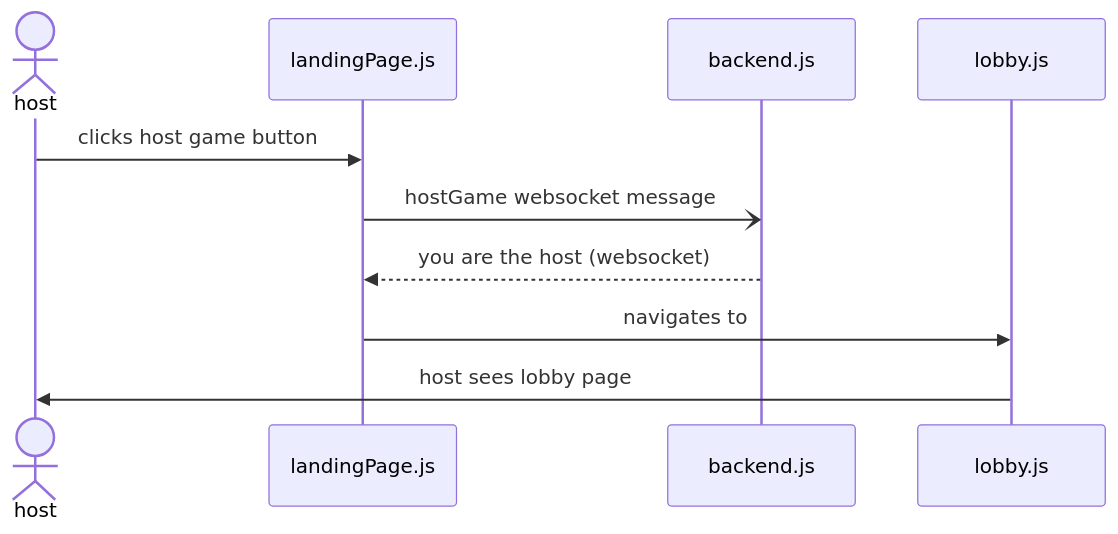
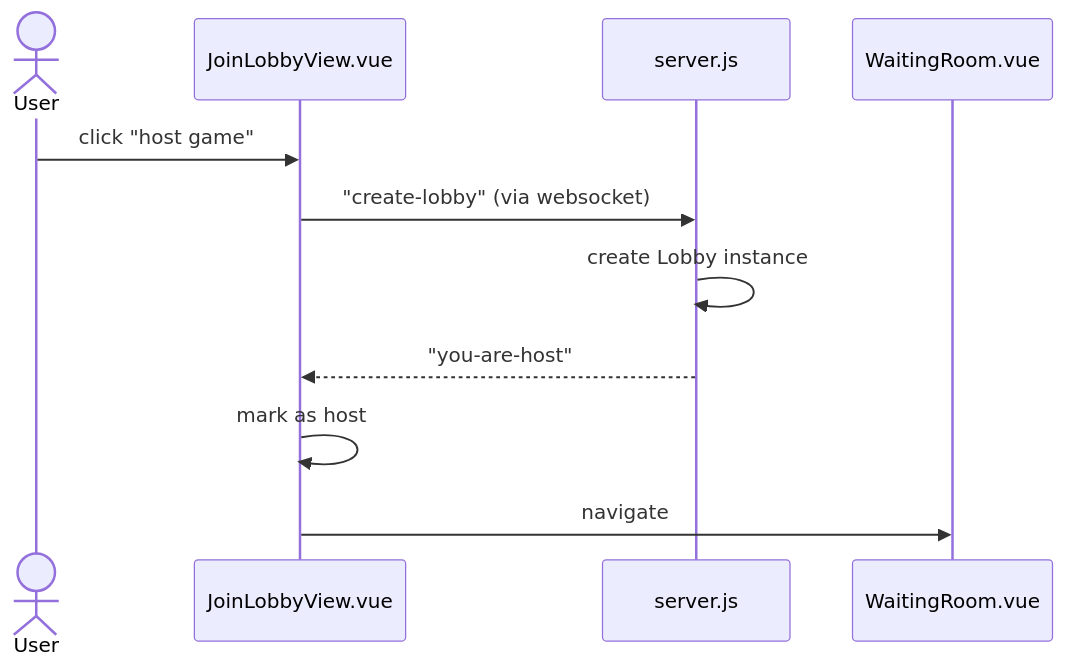
The second of 14 diagrams in documentation/docs/system-architecture/design.md (Capstone-Projects-2025-Spring/project-aac-game-team-a), drawn with Mermaid before and after one commit. The commit also changed other lines of this file, not shown here.

Commit message:
sequence diagram 1

````diff
--- a/documentation/docs/system-architecture/design.md
+++ b/documentation/docs/system-architecture/design.md
@@ -457,13 +457,14 @@
 ```mermaid
 sequenceDiagram
+    actor User
+    participant JoinLobbyView.vue
+    participant server.js
+    participant WaitingRoom.vue
 
-actor host
-participant landingPage.js
-participant backend.js
-
-host ->> landingPage.js: clicks host game button
-landingPage.js -) backend.js: hostGame websocket message
-backend.js -->> landingPage.js: you are the host (websocket)
-landingPage.js ->> lobby.js: navigates to
-lobby.js ->> host: host sees lobby page
+    User->>JoinLobbyView.vue: click "host game"
+    JoinLobbyView.vue->>server.js: "create-lobby" (via websocket)
+    server.js->>server.js: create Lobby instance
+    server.js-->>JoinLobbyView.vue: "you-are-host"
+    JoinLobbyView.vue->>JoinLobbyView.vue: mark as host
+    JoinLobbyView.vue->>WaitingRoom.vue: navigate
 ```
````
